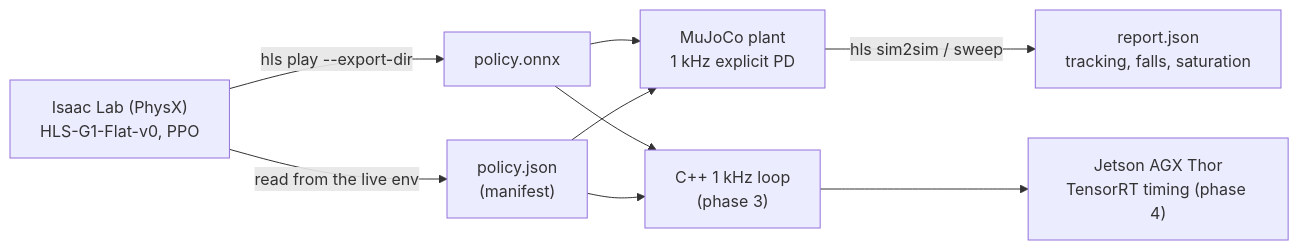
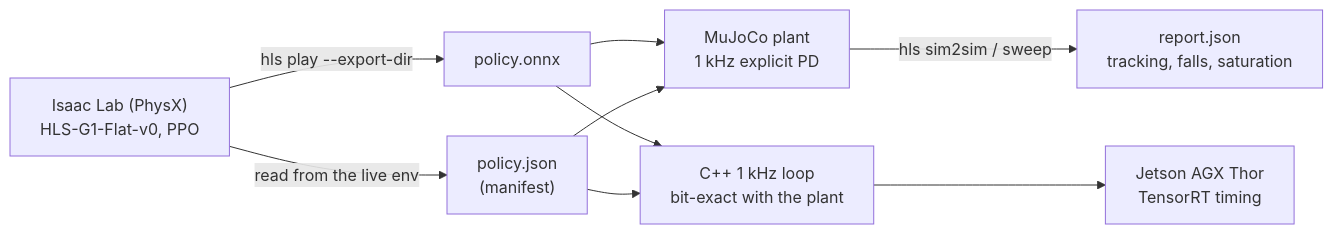
One commit to earosenfeld/humanoid-locomotion-sim2sim changed the diagram in README.md. Above: the diagram before and after it, drawn with Mermaid. The commit also changed other lines of this file and 17 other files, not shown here.

````diff
--- a/README.md
+++ b/README.md
@@ -17,11 +52,11 @@
 ```mermaid
 flowchart LR
     IL["Isaac Lab (PhysX)<br/>HLS-G1-Flat-v0, PPO"] -->|hls play --export-dir| ONNX["policy.onnx"]
     IL -->|read from the live env| MAN["policy.json<br/>(manifest)"]
     ONNX --> MJ["MuJoCo plant<br/>1 kHz explicit PD"]
     MAN --> MJ
     MJ -->|hls sim2sim / sweep| REP["report.json<br/>tracking, falls, saturation"]
-    ONNX --> CPP["C++ 1 kHz loop<br/>(phase 3)"]
+    ONNX --> CPP["C++ 1 kHz loop<br/>bit-exact with the plant"]
     MAN --> CPP
-    CPP --> THOR["Jetson AGX Thor<br/>TensorRT timing (phase 4)"]
+    CPP --> THOR["Jetson AGX Thor<br/>TensorRT timing"]
 ```
````
